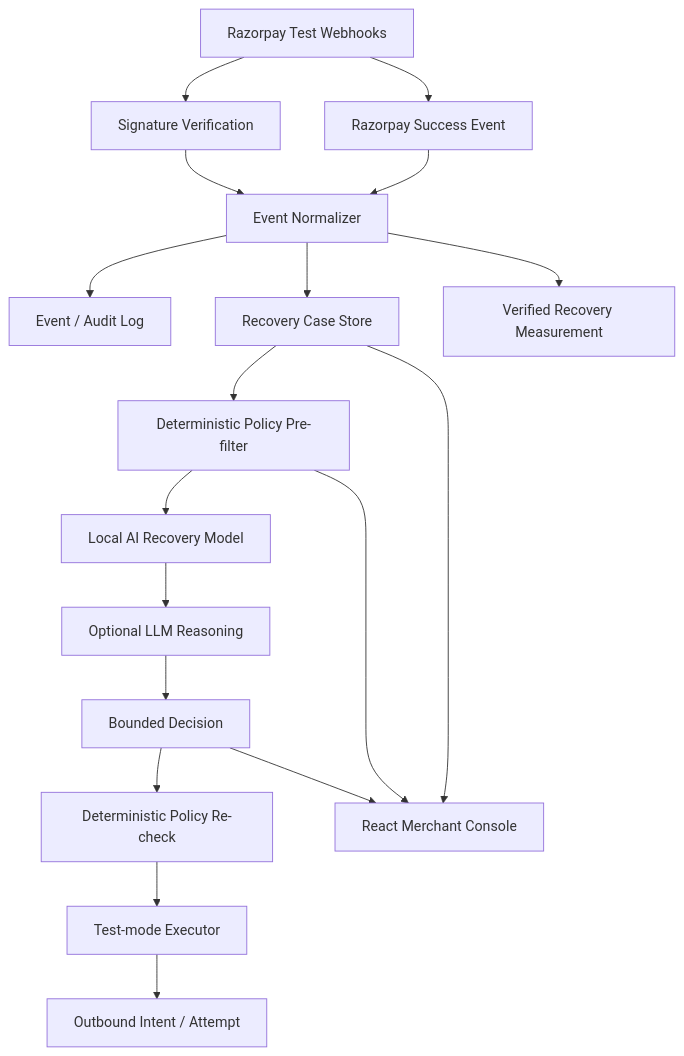
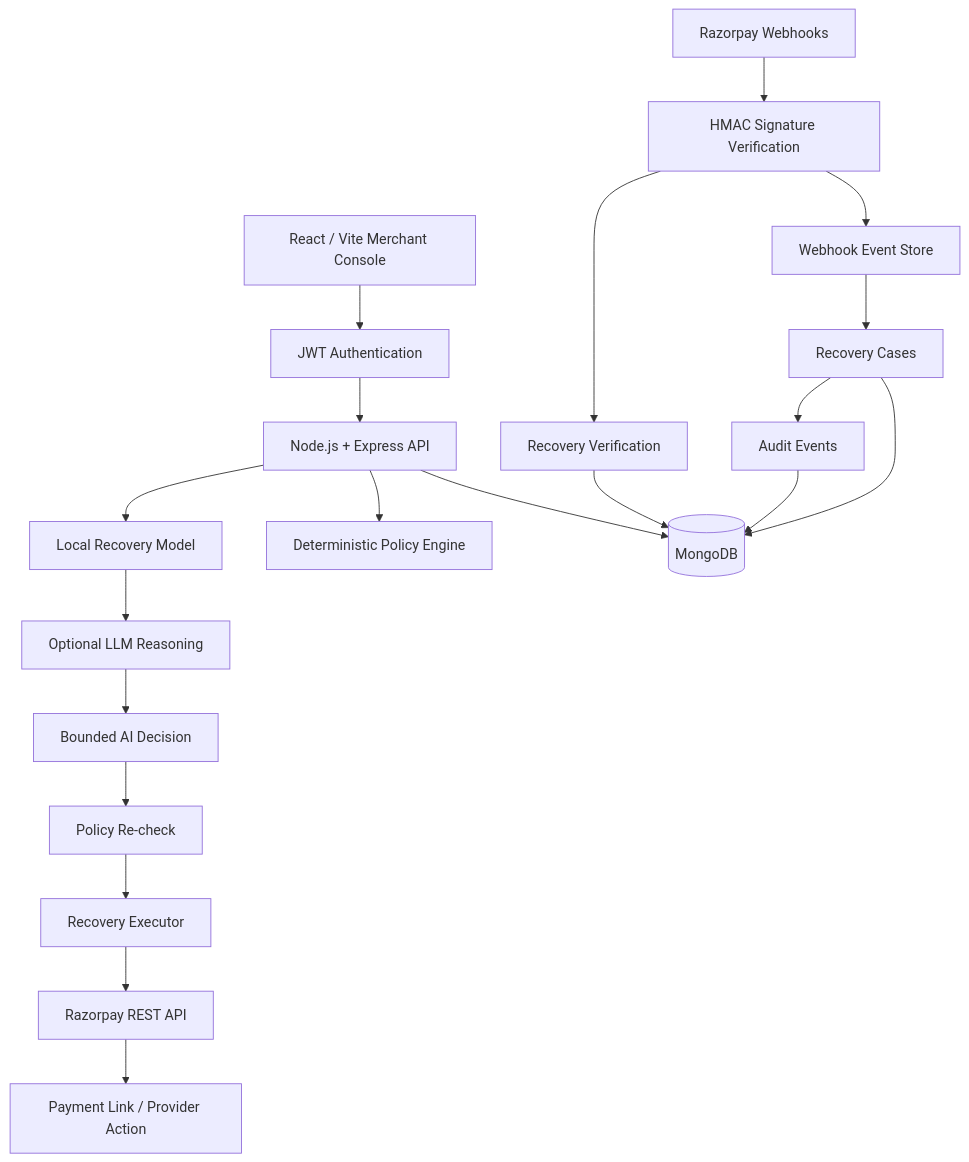
One commit to Sakshya2504/RazCodePay changed the diagram in architecture.md. Above: the diagram before and after it, drawn with Mermaid. The commit also changed other lines of this file, not shown here.

Commit message:
docs: replace prototype architecture with mongodb production architecture

````diff
--- a/architecture.md
+++ b/architecture.md
@@ -52,20 +17,22 @@
 ```mermaid
 flowchart TD
-  R[Razorpay Test Webhooks] --> V[Signature Verification]
-  V --> N[Event Normalizer]
-  N --> E[Event / Audit Log]
-  N --> C[Recovery Case Store]
-  C --> P[Deterministic Policy Pre-filter]
-  P --> AI[Local AI Recovery Model]
-  AI --> LLM[Optional LLM Reasoning]
-  LLM --> D[Bounded Decision]
-  D --> Q[Deterministic Policy Re-check]
-  Q --> X[Test-mode Executor]
-  X --> O[Outbound Intent / Attempt]
-  R --> S[Razorpay Success Event]
-  S --> N
-  N --> M[Verified Recovery Measurement]
-  C --> UI[React Merchant Console]
-  D --> UI
-  P --> UI
+  Browser[React / Vite Merchant Console] --> Auth[JWT Authentication]
+  Auth --> API[Node.js + Express API]
+  API --> Mongo[(MongoDB)]
+  API --> Policy[Deterministic Policy Engine]
+  API --> Model[Local Recovery Model]
+  Model --> LLM[Optional LLM Reasoning]
+  LLM --> Decision[Bounded AI Decision]
+  Decision --> Policy2[Policy Re-check]
+  Policy2 --> Executor[Recovery Executor]
+  Executor --> RP[Razorpay REST API]
+  RP --> Link[Payment Link / Provider Action]
+  Razorpay[Razorpay Webhooks] --> Verify[HMAC Signature Verification]
+  Verify --> Events[Webhook Event Store]
+  Events --> Cases[Recovery Cases]
+  Cases --> Mongo
+  Verify --> Recovery[Recovery Verification]
+  Recovery --> Mongo
+  Cases --> Audit[Audit Events]
+  Audit --> Mongo
 ```
````
